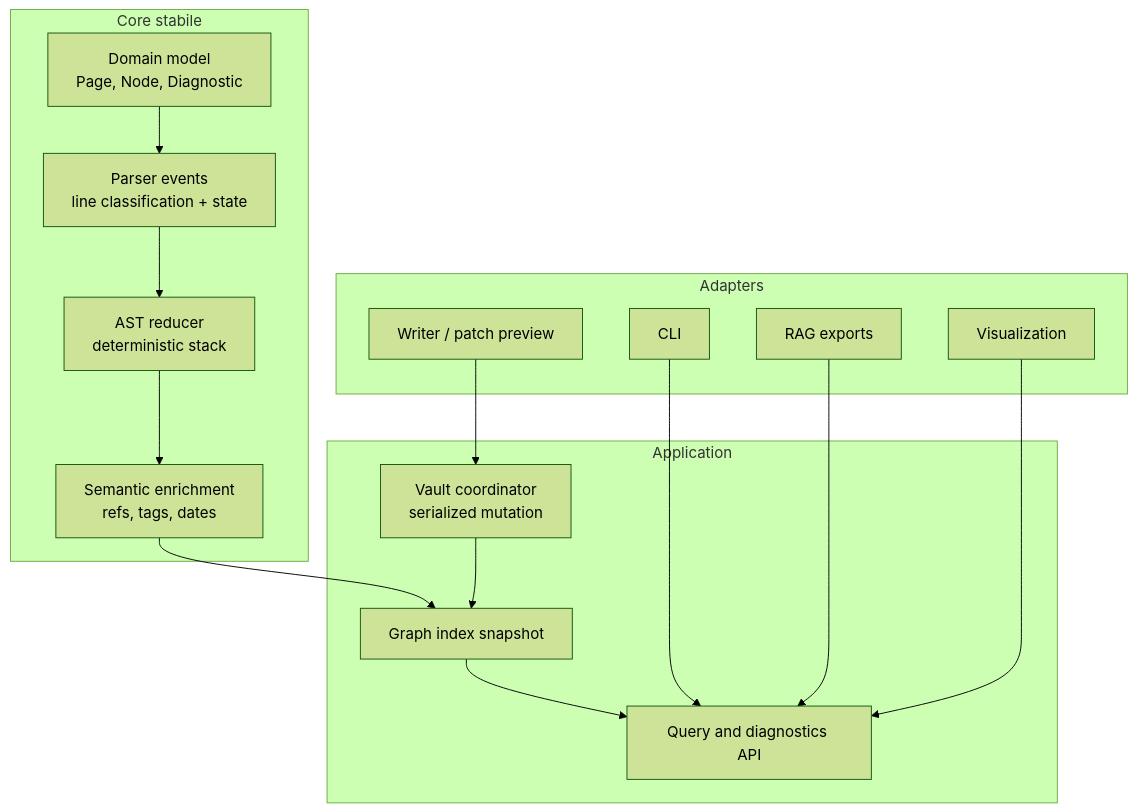
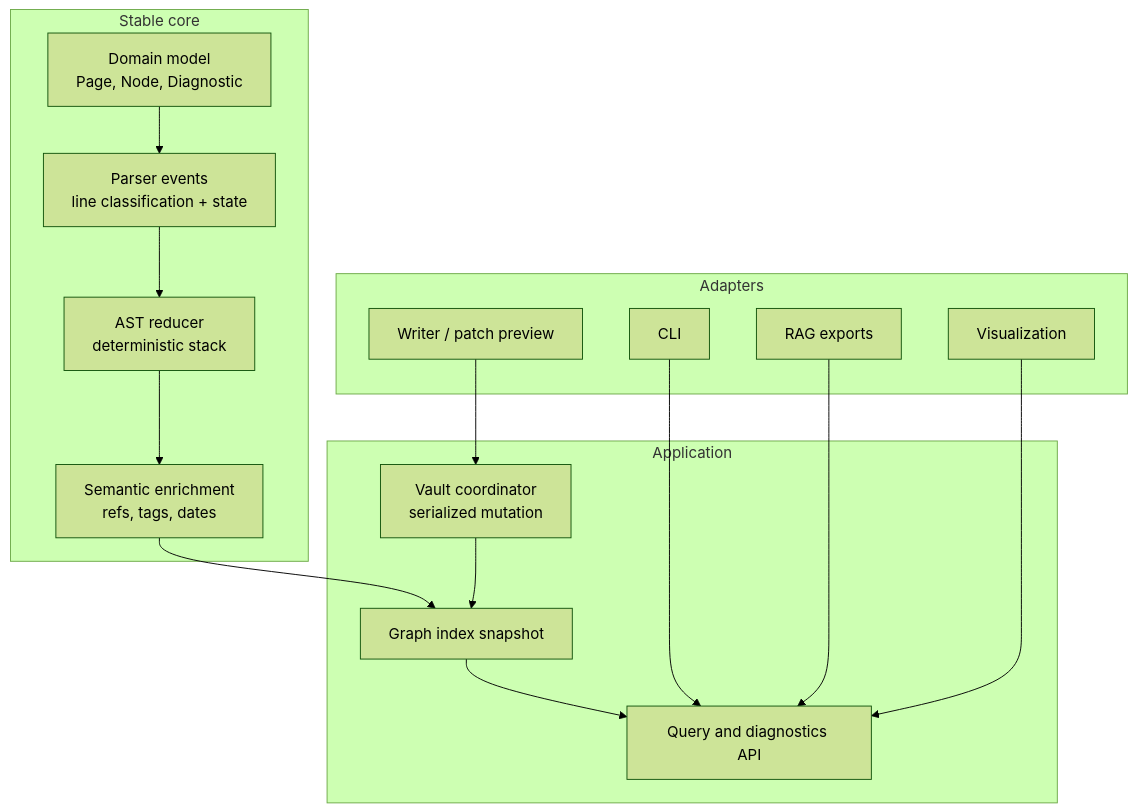
One commit to MarcoPorcellato/logseq-matryca-parser changed the fourth of 4 diagrams in docs/REPOSITORY_IMPROVEMENT_STUDY_2026-07-28.md. Above: the diagram before and after it, drawn with Mermaid (forest theme). The commit also changed other lines of this file and 27 other files, not shown here.

````diff
--- a/docs/REPOSITORY_IMPROVEMENT_STUDY_2026-07-28.md
+++ b/docs/REPOSITORY_IMPROVEMENT_STUDY_2026-07-28.md
@@ -357,29 +356,29 @@
 ```mermaid
 flowchart TB
-    subgraph Core["Core stabile"]
+    subgraph Core["Stable core"]
         Model["Domain model\nPage, Node, Diagnostic"]
         Events["Parser events\nline classification + state"]
         Reducer["AST reducer\ndeterministic stack"]
         Semantics["Semantic enrichment\nrefs, tags, dates"]
         Model --> Events --> Reducer --> Semantics
     end
 
     subgraph App["Application"]
         Index["Graph index snapshot"]
         Coord["Vault coordinator\nserialized mutation"]
         Query["Query and diagnostics API"]
         Semantics --> Index --> Query
         Coord --> Index
     end
 
     subgraph Adapters["Adapters"]
         CLI["CLI"]
         Writer["Writer / patch preview"]
         RAG["RAG exports"]
         Viz["Visualization"]
         CLI --> Query
         Writer --> Coord
         RAG --> Query
         Viz --> Query
     end
 ```
````
